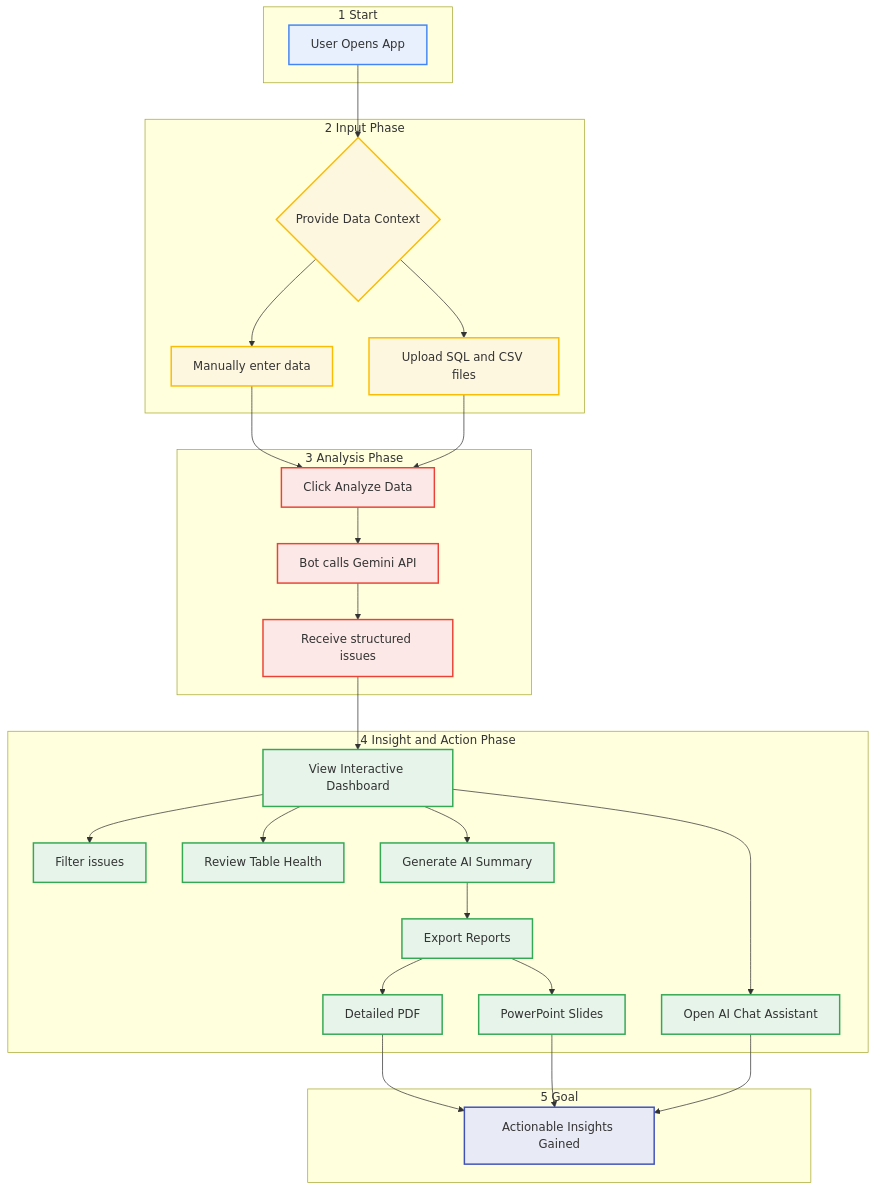
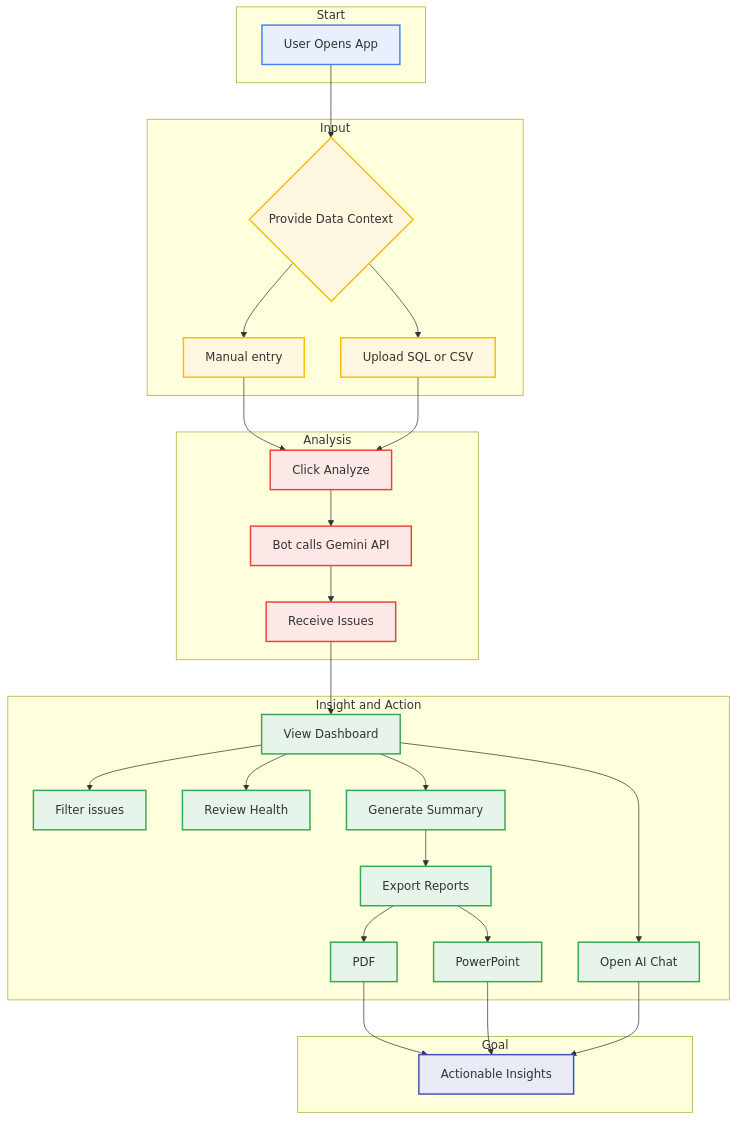
The second of 2 diagrams in README.md (chtsalvishal/DQ_Gen_AI_Bot), drawn with Mermaid before and after one commit. The commit also changed other lines of this file, not shown here.

Commit message:
docs: Update README with refined architecture description
Refactors the README to use a more concise and standard Markdown format for the architecture diagram. Removes unnecessary inline styling and simplifies the introductory text for better readability.

````diff
--- a/README.md
+++ b/README.md
@@ -86,54 +67,50 @@
 ```mermaid
 graph TD
-    subgraph sg1 [1 Start]
+    subgraph sg1 [Start]
         A[User Opens App]:::startNode
     end
 
-    subgraph sg2 [2 Input Phase]
+    subgraph sg2 [Input]
         B{Provide Data Context}:::inputNode
-        B1[Manually enter data]:::inputNode
-        B2[Upload SQL and CSV files]:::inputNode
+        B1[Manual entry]:::inputNode
+        B2[Upload SQL or CSV]:::inputNode
     end
     
-    subgraph sg3 [3 Analysis Phase]
-        C[Click Analyze Data]:::analysisNode
+    subgraph sg3 [Analysis]
+        C[Click Analyze]:::analysisNode
         D[Bot calls Gemini API]:::analysisNode
-        E[Receive structured issues]:::analysisNode
+        E[Receive Issues]:::analysisNode
     end
 
-    subgraph sg4 [4 Insight and Action Phase]
-        F[View Interactive Dashboard]:::insightNode
+    subgraph sg4 [Insight and Action]
+        F[View Dashboard]:::insightNode
         F1[Filter issues]:::insightNode
-        F2[Review Table Health]:::insightNode
-        G[Open AI Chat Assistant]:::insightNode
-        H[Generate AI Summary]:::insightNode
+        F2[Review Health]:::insightNode
+        G[Open AI Chat]:::insightNode
+        H[Generate Summary]:::insightNode
         I[Export Reports]:::insightNode
-        I1[Detailed PDF]:::insightNode
-        I2[PowerPoint Slides]:::insightNode
+        I1[PDF]:::insightNode
+        I2[PowerPoint]:::insightNode
     end
     
-    subgraph sg5 [5 Goal]
-       J[Actionable Insights Gained]:::goalNode
+    subgraph sg5 [Goal]
+       J[Actionable Insights]:::goalNode
     end
 
     A --> B
-    B --> B1
-    B --> B2
+    B --> B1 & B2
     B1 --> C
     B2 --> C
-    C --> D
-    D --> E
-    E --> F
+    C --> D --> E --> F
     F --> F1 & F2 & G & H
-    H --> I
-    I --> I1 & I2
+    H --> I --> I1 & I2
     I1 --> J
     I2 --> J
     G --> J
 
     classDef startNode fill:#E8F0FE,stroke:#4285F4,stroke-width:2px
     classDef inputNode fill:#FEF7E0,stroke:#FBBC05,stroke-width:2px
     classDef analysisNode fill:#FCE8E6,stroke:#EA4335,stroke-width:2px
     classDef insightNode fill:#E6F4EA,stroke:#34A853,stroke-width:2px
     classDef goalNode fill:#E8EAF6,stroke:#3F51B5,stroke-width:2px
 ```
````
